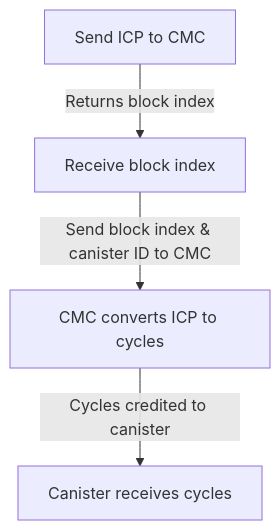
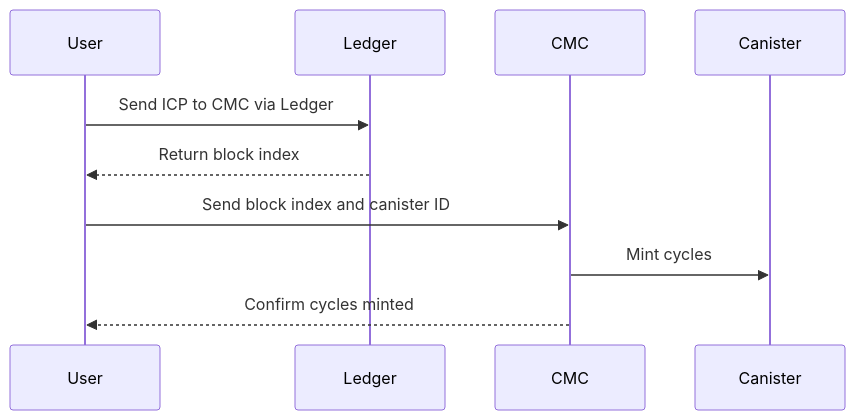
The diagram in README.md (Demali-876/minting_cycles), drawn with Mermaid before and after one commit.

Commit message:
update diagram

````diff
--- a/README.md
+++ b/README.md
@@ -13,6 +13,8 @@
 ```mermaid
-graph TD;
-    A[Send ICP to CMC] -->|Returns block index| B[Receive block index];
-    B --> |Send block index & canister ID to CMC| C[CMC converts ICP to cycles];
-    C --> |Cycles credited to canister| D[Canister receives cycles];
+sequenceDiagram
+    User->>Ledger: Send ICP to CMC via Ledger
+    Ledger-->>User: Return block index
+    User->>CMC: Send block index and canister ID
+    CMC->>Canister: Mint cycles
+    CMC-->>User: Confirm cycles minted
 ```
````
